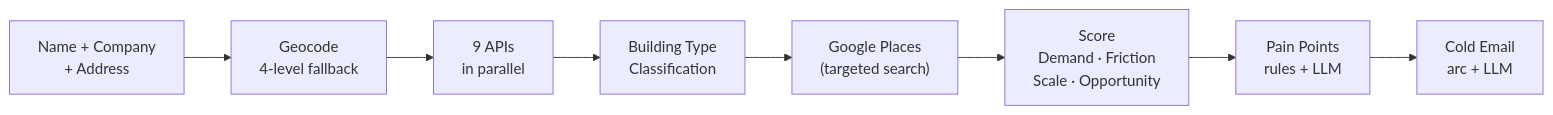
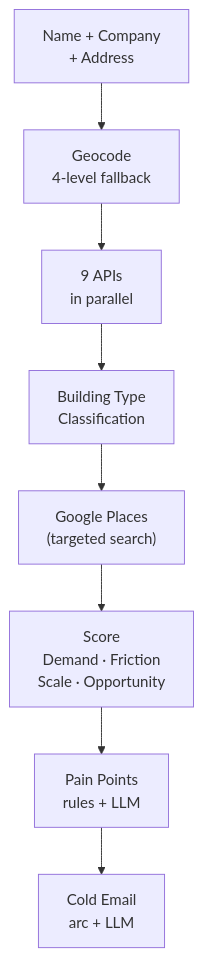
The first of 2 diagrams in README.md (SanchitMinocha/GTM_Automation_Tool), drawn with Mermaid before and after one commit.

Commit message:
docs: update mermaid flowchart orientation and structure in README

````diff
--- a/README.md
+++ b/README.md
@@ -19,10 +19,17 @@
 ```mermaid
-flowchart LR
-    A["Name + Company\n+ Address"] --> B["Geocode\n4-level fallback"]
-    B --> C["9 APIs\nin parallel"]
-    C --> D["Building Type\nClassification"]
-    D --> E["Google Places\n(targeted search)"]
-    E --> F["Score\nDemand · Friction\nScale · Opportunity"]
-    F --> G["Pain Points\nrules + LLM"]
-    G --> H["Cold Email\narc + LLM"]
+flowchart TB
+    A["Name + Company\n+ Address"]
+    B["Geocode\n4-level fallback"]
+    C["9 APIs\nin parallel"]
+    D["Building Type\nClassification"]
+    E["Google Places\n(targeted search)"]
+    F["Score\nDemand · Friction\nScale · Opportunity"]
+    G["Pain Points\nrules + LLM"]
+    H["Cold Email\narc + LLM"]
+    
+    A --> B --> C
+    C --> D
+    D --> E --> F
+    F --> G
+    G --> H
 ```
````
